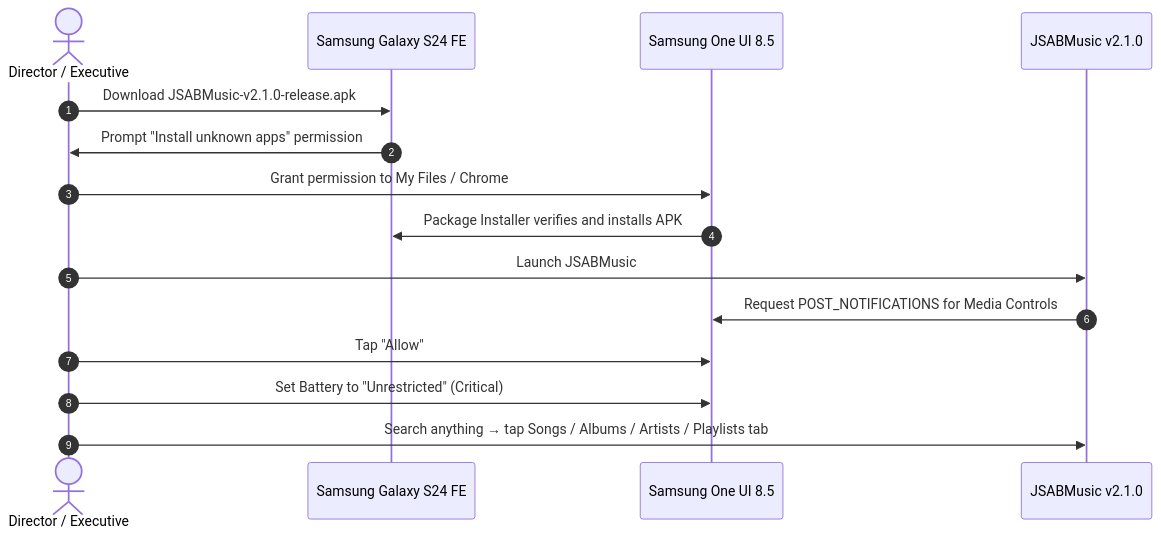
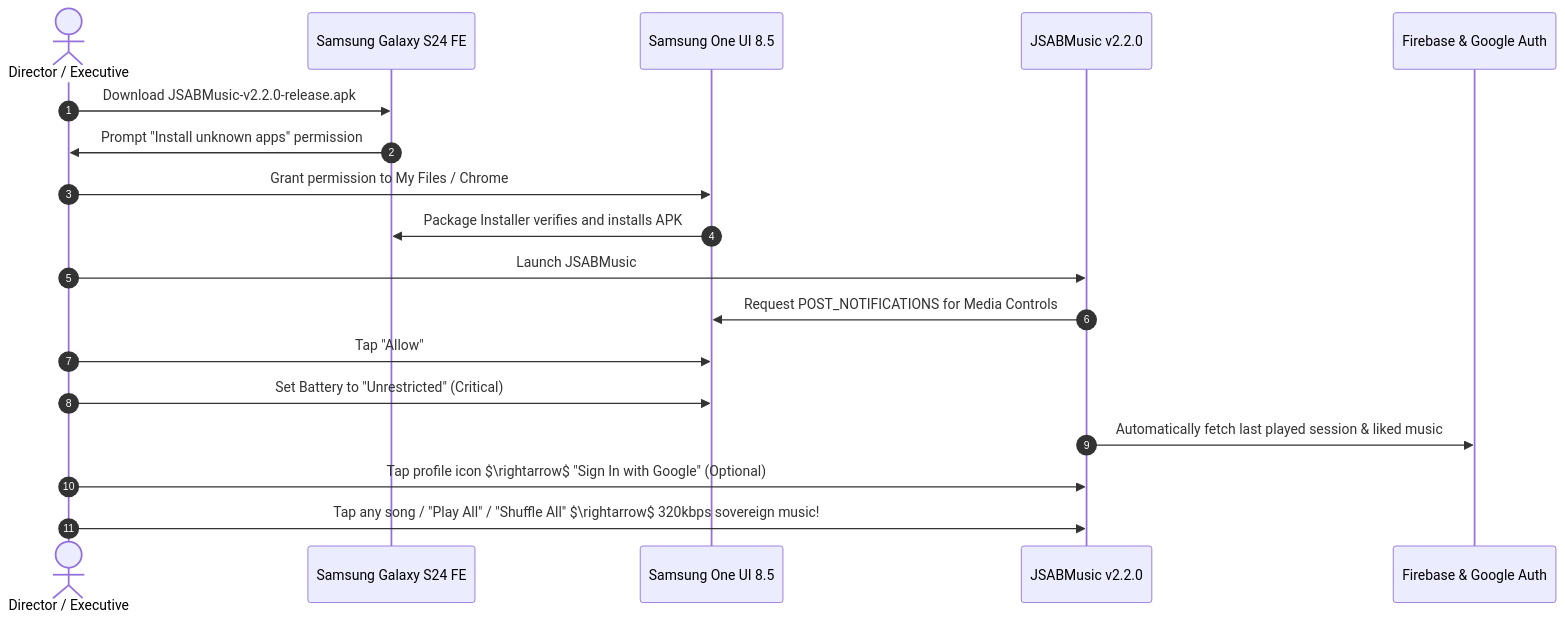
The second of 2 diagrams in README.md (shibinantony/AI_Open_Music_POC), drawn with Mermaid before and after one commit. The commit also changed other lines of this file and 15 other files, not shown here.

````diff
--- a/README.md
+++ b/README.md
@@ -203,18 +225,21 @@
 ```mermaid
 sequenceDiagram
     autonumber
     actor User as Director / Executive
     participant Device as Samsung Galaxy S24 FE
     participant OS as Samsung One UI 8.5
-    participant App as JSABMusic v2.1.0
+    participant App as JSABMusic v2.2.0
+    participant Cloud as Firebase & Google Auth
 
-    User->>Device: Download JSABMusic-v2.1.0-release.apk
+    User->>Device: Download JSABMusic-v2.2.0-release.apk
     Device->>User: Prompt "Install unknown apps" permission
     User->>OS: Grant permission to My Files / Chrome
     OS->>Device: Package Installer verifies and installs APK
     User->>App: Launch JSABMusic
     App->>OS: Request POST_NOTIFICATIONS for Media Controls
     User->>OS: Tap "Allow"
     User->>OS: Set Battery to "Unrestricted" (Critical)
-    User->>App: Search anything → tap Songs / Albums / Artists / Playlists tab
+    App->>Cloud: Automatically fetch last played session & liked music
+    User->>App: Tap profile icon $\rightarrow$ "Sign In with Google" (Optional)
+    User->>App: Tap any song / "Play All" / "Shuffle All" $\rightarrow$ 320kbps sovereign music!
 ```
````
